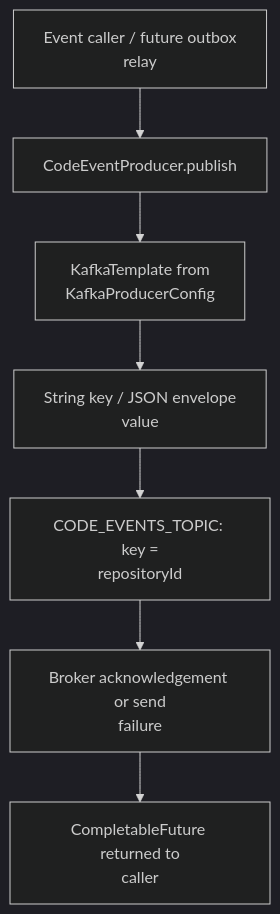
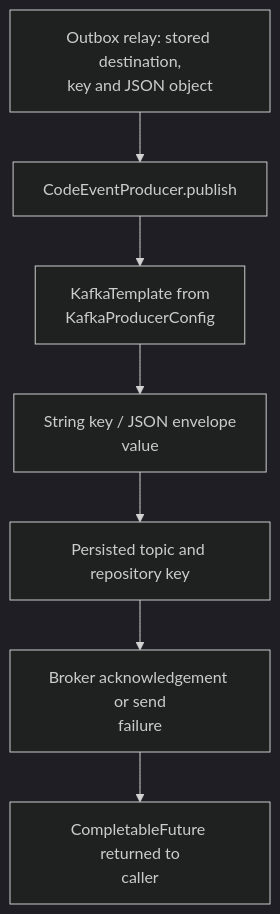
One commit to ChangeGuardHQ/changuard-platform changed the seventh of 12 diagrams in backend/README.md. Above: the diagram before and after it, drawn with Mermaid (dark theme). The commit also changed other lines of this file and 29 other files, not shown here.

````diff
--- a/backend/README.md
+++ b/backend/README.md
@@ -363,9 +508,9 @@
 ```mermaid
 flowchart TD
-    Caller["Event caller / future outbox<br/>relay"] --> Producer["CodeEventProducer.publish"]
+    Caller["Outbox relay: stored destination,<br/>key and JSON object"] --> Producer["CodeEventProducer.publish"]
     Producer --> Template["KafkaTemplate from<br/>KafkaProducerConfig"]
     Template --> Serializer["String key / JSON envelope<br/>value"]
-    Serializer --> Topic["CODE_EVENTS_TOPIC: key =<br/>repositoryId"]
+    Serializer --> Topic["Persisted topic and repository key"]
     Topic --> Result["Broker acknowledgement or send<br/>failure"]
     Result --> Future["CompletableFuture returned to<br/>caller"]
 ```
````
